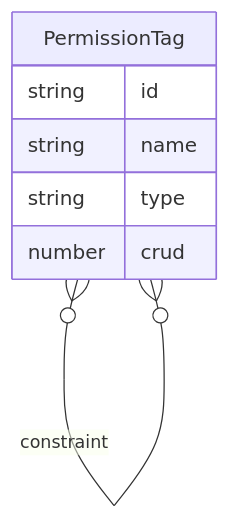
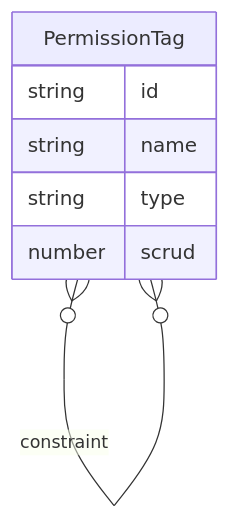
Before and after one commit to idealjs/chao-feng: the second of 2 diagrams in docs/er.md, drawn with Mermaid. The commit also changed other lines of this file and 1 other file, not shown here.

Commit message:
update: update permission schema

````diff
--- a/docs/er.md
+++ b/docs/er.md
@@ -50,12 +50,12 @@
 ```mermaid
 erDiagram
 
 PermissionTag {
   string id
   string name
   string type
-  number crud
+  number scrud
 }
 
 PermissionTag }o--o{ PermissionTag: constraint
 ```
````
